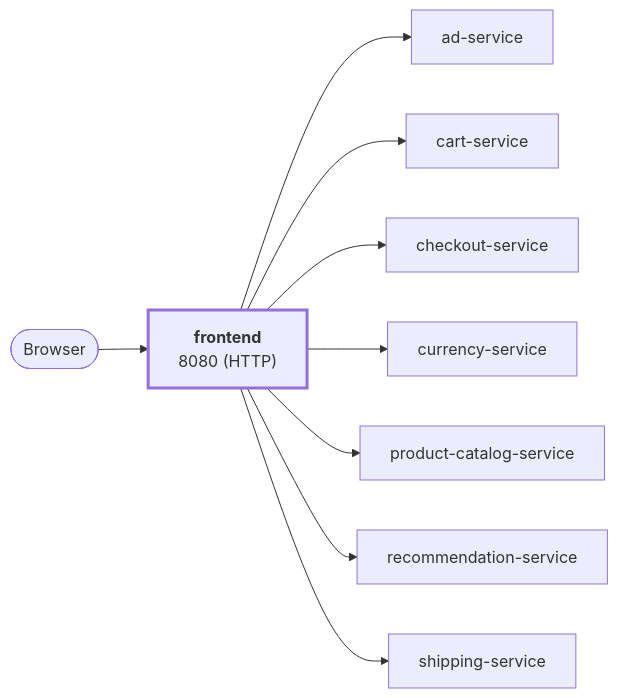
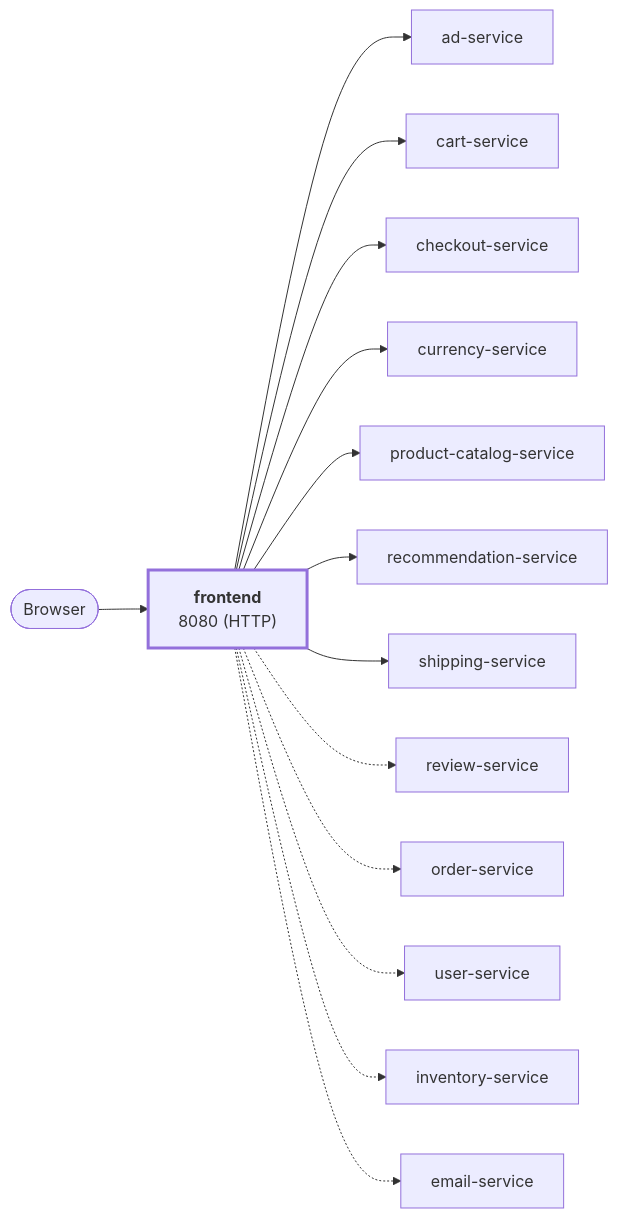
One commit to platform-boutique/app-frontend changed the diagram in docs/index.md. Above: the diagram before and after it, drawn with Mermaid. The commit also changed other lines of this file and 12 other files, not shown here.

First line of the commit message:
docs: architecture, operations and decisions pages, Develop section; pre-commit hooks (audit docs batch, REPO-08) (#23)

````diff
--- a/docs/index.md
+++ b/docs/index.md
@@ -20,13 +20,18 @@
 ```mermaid
 flowchart LR
   frontend["<b>frontend</b><br/>8080 (HTTP)"]:::me
   frontend --> ad_service["ad-service"]
   frontend --> cart_service["cart-service"]
   frontend --> checkout_service["checkout-service"]
   frontend --> currency_service["currency-service"]
   frontend --> product_catalog_service["product-catalog-service"]
   frontend --> recommendation_service["recommendation-service"]
   frontend --> shipping_service["shipping-service"]
+  frontend -.-> review_service["review-service"]
+  frontend -.-> order_service["order-service"]
+  frontend -.-> user_service["user-service"]
+  frontend -.-> inventory_service["inventory-service"]
+  frontend -.-> email_service["email-service"]
   browser(["Browser"]) --> frontend
   classDef me stroke-width:3px;
 ```
````
